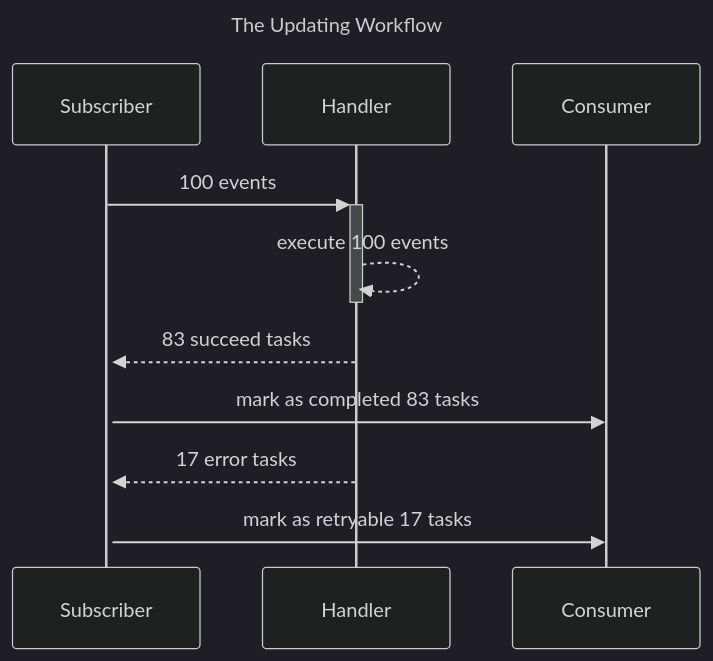
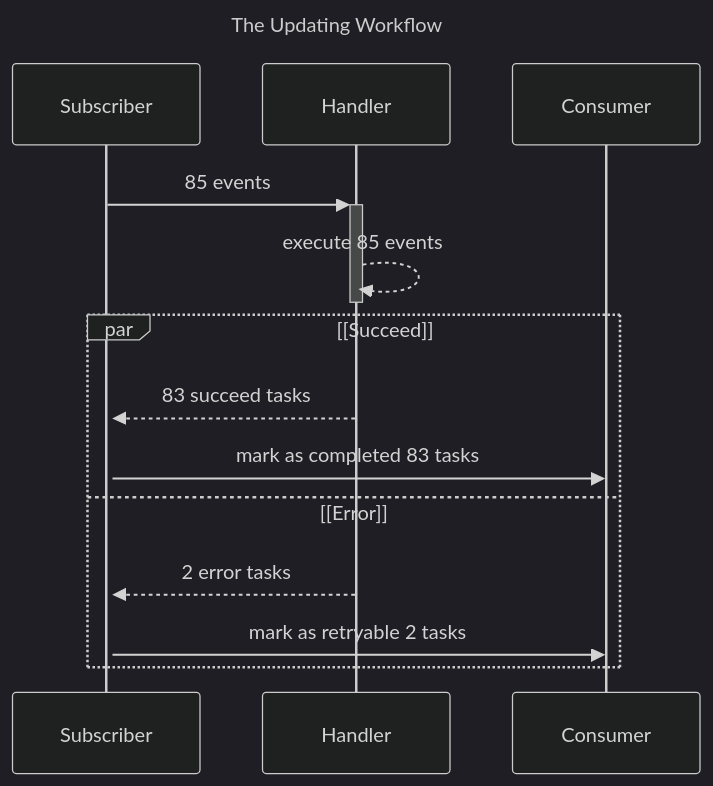
Before and after one commit to kanthorlabs/kanthorq: the second of 2 diagrams in website/docs/002-concepts/007-subscriber.md, drawn with Mermaid (dark theme). The commit also changed other lines of this file and 19 other files, not shown here.

Commit message:
docs: update the subscriber pulling flow

````diff
--- a/website/docs/002-concepts/007-subscriber.md
+++ b/website/docs/002-concepts/007-subscriber.md
@@ -68,12 +91,17 @@
 ```mermaid
 ---
 title: The Updating Workflow
 ---
 sequenceDiagram
-  Subscriber ->> +Handler: 100 events
-  Handler -->> -Handler: execute 100 events
-  Handler -->> +Subscriber: 83 succeed tasks
-  Subscriber ->> Consumer: mark as completed 83 tasks
-  Handler -->> Subscriber: 17 error tasks
-  Subscriber ->> Consumer: mark as retryable 17 tasks
+  Subscriber ->> +Handler: 85 events
+  Handler -->> -Handler: execute 85 events
+
+
+  par [Succeed]
+    Handler -->> +Subscriber: 83 succeed tasks
+    Subscriber ->> Consumer: mark as completed 83 tasks
+  and [Error]
+    Handler -->> Subscriber: 2 error tasks
+    Subscriber ->> Consumer: mark as retryable 2 tasks
+  end
 ```
````
